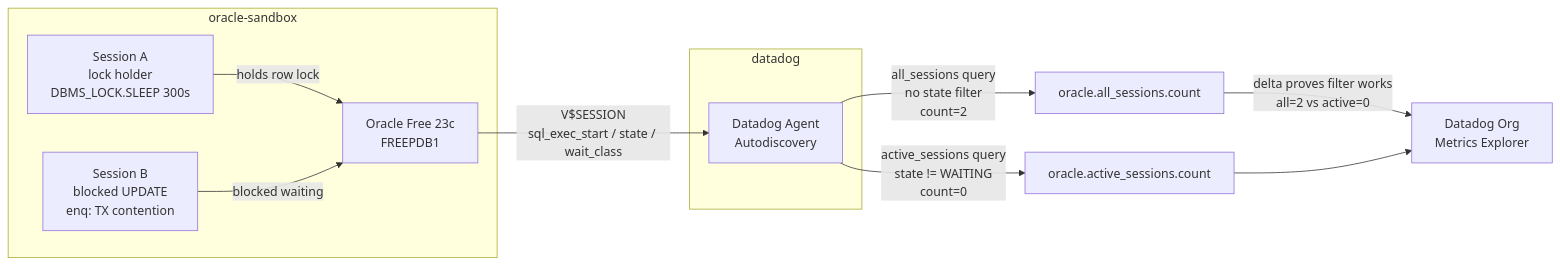
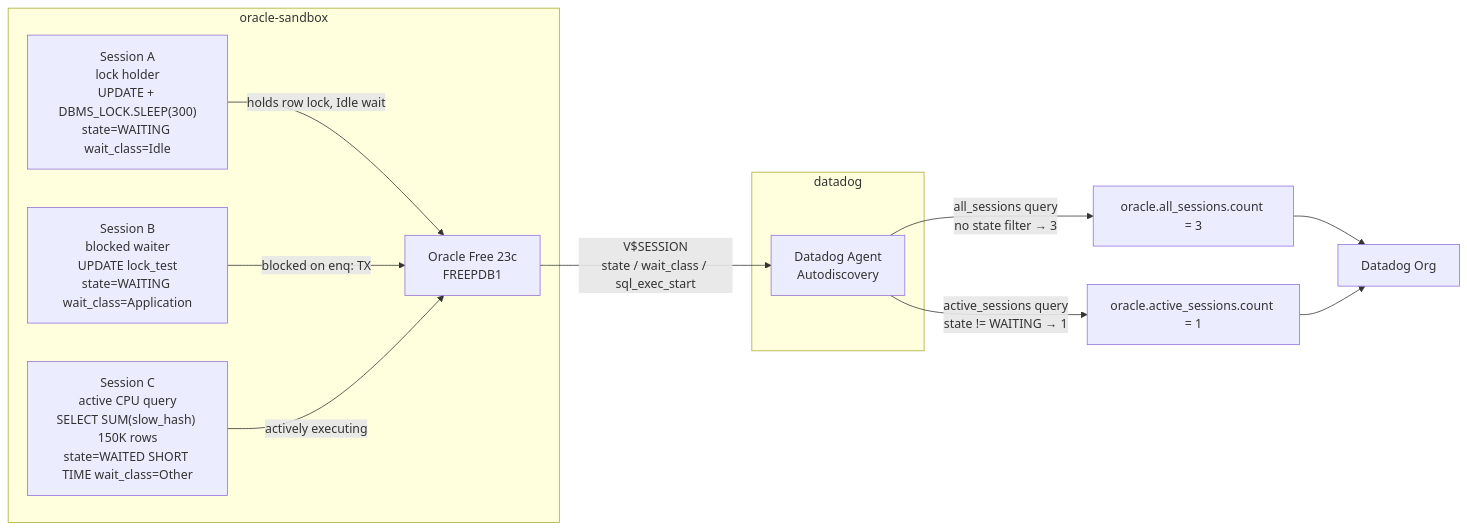
One commit to ddalexvea/datadog-sandboxes-by-ai changed the diagram in integrations/oracle-dbm-wait-state-filter/README.md. Above: the diagram before and after it, drawn with Mermaid. The commit also changed other lines of this file, not shown here.

First line of the commit message:
Rewrite README with complete 3-session test and confirmed outputs

````diff
--- a/integrations/oracle-dbm-wait-state-filter/README.md
+++ b/integrations/oracle-dbm-wait-state-filter/README.md
@@ -38,22 +44,24 @@
 ```mermaid
 graph LR
   subgraph oracle-sandbox
     B[Oracle Free 23c\nFREEPDB1]
-    SA[Session A\nlock holder\nDBMS_LOCK.SLEEP 300s]
-    SB[Session B\nblocked UPDATE\nenq: TX contention]
-    SA -->|holds row lock| B
-    SB -->|blocked waiting| B
+    SA["Session A\nlock holder\nUPDATE + DBMS_LOCK.SLEEP(300)\nstate=WAITING wait_class=Idle"]
+    SB["Session B\nblocked waiter\nUPDATE lock_test\nstate=WAITING wait_class=Application"]
+    SC["Session C\nactive CPU query\nSELECT SUM(slow_hash) 150K rows\nstate=WAITED SHORT TIME wait_class=Other"]
+    SA -->|holds row lock, Idle wait| B
+    SB -->|blocked on enq: TX| B
+    SC -->|actively executing| B
   end
 
   subgraph datadog
     A[Datadog Agent\nAutodiscovery]
   end
 
-  B -->|V$SESSION\nsql_exec_start / state / wait_class| A
+  B -->|V$SESSION\nstate / wait_class / sql_exec_start| A
 
-  A -->|all_sessions query\nno state filter\ncount=2| D[oracle.all_sessions.count]
-  A -->|active_sessions query\nstate != WAITING\ncount=0| E[oracle.active_sessions.count]
+  A -->|"all_sessions query\nno state filter → 3"| D["oracle.all_sessions.count = 3"]
+  A -->|"active_sessions query\nstate != WAITING → 1"| E["oracle.active_sessions.count = 1"]
 
-  D -->|"delta proves filter works\nall=2 vs active=0"| F[Datadog Org\nMetrics Explorer]
+  D --> F[Datadog Org]
   E --> F
 ```
````
